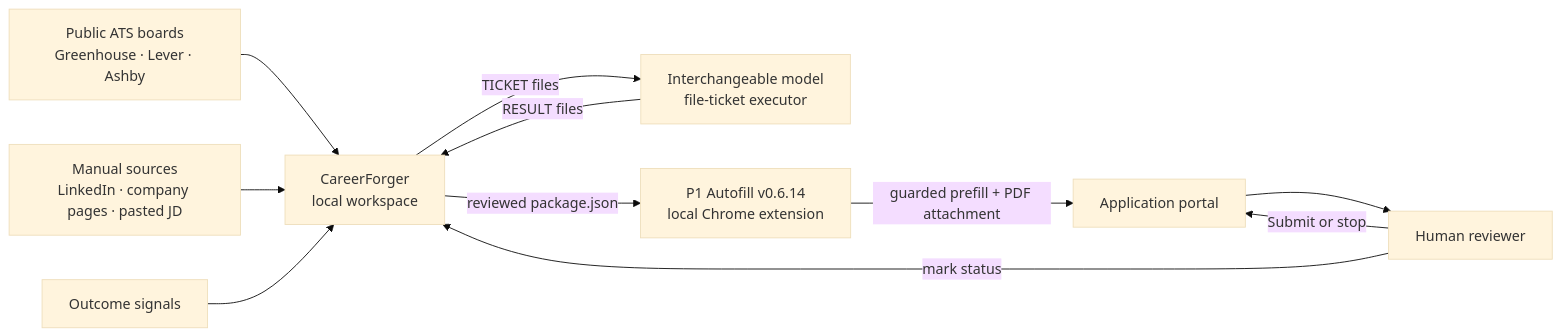
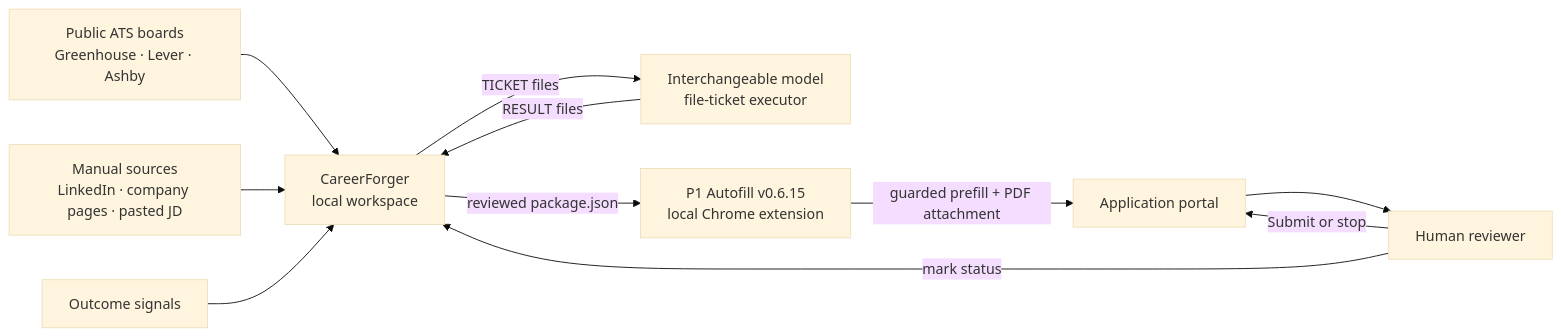
One commit to devothamgn321/CareerForger changed the first of 4 diagrams in docs/ARCHITECTURE.md. Above: the diagram before and after it, drawn with Mermaid (base theme). The commit also changed other lines of this file and 8 other files, not shown here.

````diff
--- a/docs/ARCHITECTURE.md
+++ b/docs/ARCHITECTURE.md
@@ -117,22 +117,22 @@
 ```mermaid
 flowchart LR
     ATS[Public ATS boards<br/>Greenhouse · Lever · Ashby]
     MANUAL[Manual sources<br/>LinkedIn · company pages · pasted JD]
     CF[CareerForger<br/>local workspace]
     MODEL[Interchangeable model<br/>file-ticket executor]
-    EXT[P1 Autofill v0.6.14<br/>local Chrome extension]
+    EXT[P1 Autofill v0.6.15<br/>local Chrome extension]
     PORTAL[Application portal]
     HUMAN[Human reviewer]
     OUTCOME[Outcome signals]
 
     ATS --> CF
     MANUAL --> CF
     CF -->|TICKET files| MODEL
     MODEL -->|RESULT files| CF
     CF -->|reviewed package.json| EXT
     EXT -->|guarded prefill + PDF attachment| PORTAL
     PORTAL --> HUMAN
     HUMAN -->|Submit or stop| PORTAL
     HUMAN -->|mark status| CF
     OUTCOME --> CF
 ```
````
